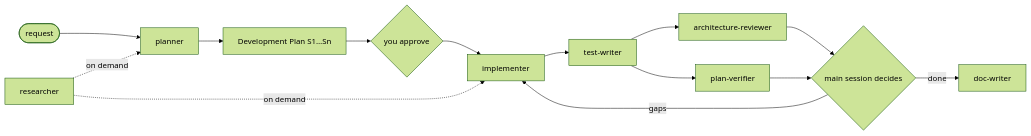
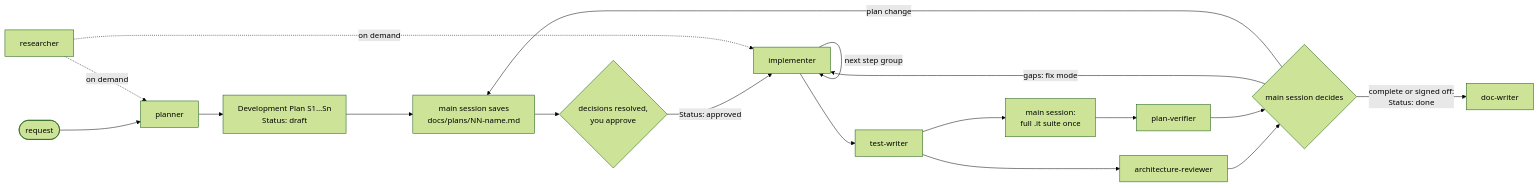
Before and after one commit to korzunss/dev-digest: the diagram in .claude/agents/README.md, drawn with Mermaid (forest theme). The commit also changed other lines of this file and 9 other files, not shown here.

First line of the commit message:
feat(agents): plan lifecycle, fix mode and verification rules for the agent set

````diff
--- a/.claude/agents/README.md
+++ b/.claude/agents/README.md
@@ -31,16 +39,20 @@
 ```mermaid
 flowchart LR
   req([request]) --> planner
-  planner --> plan[Development Plan S1…Sn]
-  plan --> ok{you approve}
-  ok --> implementer
+  planner --> plan[Development Plan S1…Sn<br/>Status: draft]
+  plan --> save[main session saves<br/>docs/plans/NN-name.md]
+  save --> ok{decisions resolved,<br/>you approve}
+  ok -- Status: approved --> implementer
+  implementer -- next step group --> implementer
   implementer --> tw[test-writer]
+  tw --> it[main session:<br/>full .it suite once]
+  it --> PV[plan-verifier]
   tw --> AR[architecture-reviewer]
-  tw --> PV[plan-verifier]
   AR --> gate{main session decides}
   PV --> gate
-  gate -- gaps --> implementer
-  gate -- done --> dw[doc-writer]
+  gate -- gaps: fix mode --> implementer
+  gate -- plan change --> save
+  gate -- complete or signed off:<br/>Status: done --> dw[doc-writer]
   researcher -. on demand .-> planner
   researcher -. on demand .-> implementer
 ```
````
